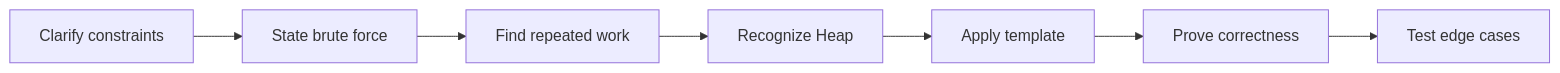
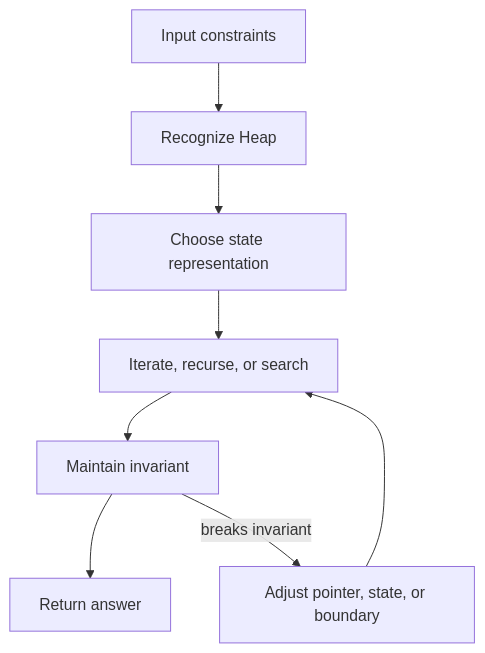
The second of 2 diagrams in coding-round/patterns/heap/index.md (abstractinterviews/abstractinterviews.github.io), drawn with Mermaid before and after one commit. The commit also changed other lines of this file and 278 other files, not shown here.

````diff
--- a/coding-round/patterns/heap/index.md
+++ b/coding-round/patterns/heap/index.md
@@ -123,9 +121,10 @@
-~~~mermaid
-flowchart LR
-    A["Clarify constraints"] --> B["State brute force"]
-    B --> C["Find repeated work"]
-    C --> D["Recognize Heap"]
-    D --> E["Apply template"]
-    E --> F["Prove correctness"]
-    F --> G["Test edge cases"]
-~~~
+```mermaid
+flowchart TD
+    Input["Input constraints"] --> Pattern["Recognize Heap"]
+    Pattern --> State["Choose state representation"]
+    State --> Iterate["Iterate, recurse, or search"]
+    Iterate --> Check["Maintain invariant"]
+    Check --> Result["Return answer"]
+    Check -->|breaks invariant| Fix["Adjust pointer, state, or boundary"]
+    Fix --> Iterate
+```
````
